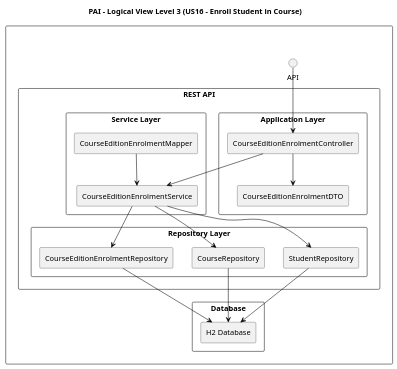
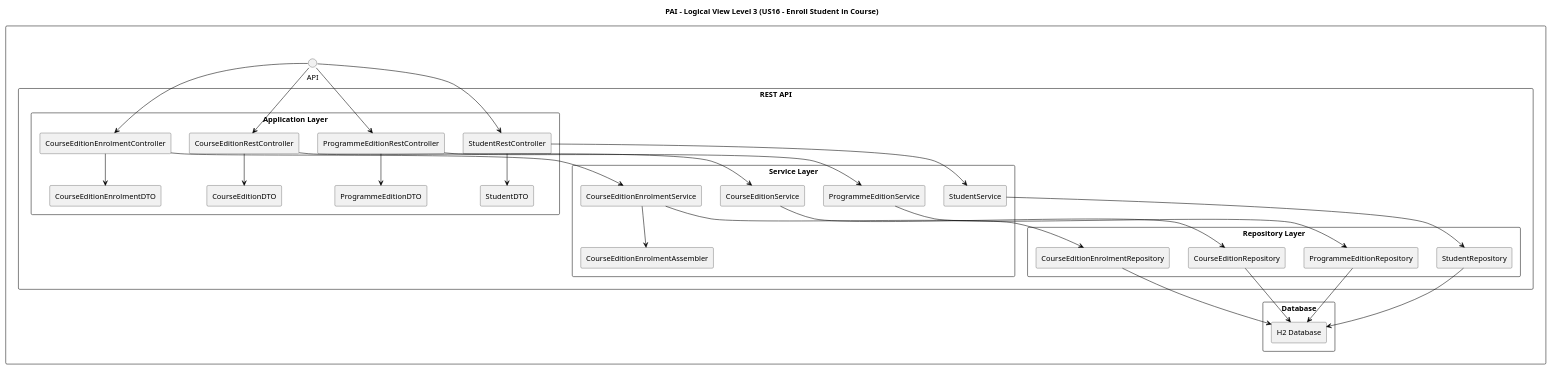
The diagram in docs/US16/sprint6_RestController/logical_view/Level3.puml (GasparISEP/DevOps-PAI), drawn with PlantUML before and after one commit. The commit also changed 1 other file, not shown here.

Commit message:
docs: Refactor Level 3 diagram to include new components for Student, Programme, and Course editions, and update connections between API, Controllers, Services, and Repositories. Remove Level 4 diagram as it is no longer needed. refs #500

```diff
--- a/docs/US16/sprint6_RestController/logical_view/Level3.puml
+++ b/docs/US16/sprint6_RestController/logical_view/Level3.puml
@@ -1,46 +1,78 @@
 @startuml
 
 skinparam componentStyle rectangle
 skinparam ArrowColor black
 skinparam defaultTextAlignment center
 
 title "PAI - Logical View Level 3 (US16 - Enroll Student in Course)"
 
 rectangle " " {
     interface "API" as API
 
     rectangle "REST API" {
         rectangle "Application Layer" {
-            component "CourseEditionEnrolmentController" as Controller
-            component "CourseEditionEnrolmentDTO" as DTO
+            component "StudentRestController" as StudentController
+            component "ProgrammeEditionRestController" as ProgrammeEditionController
+            component "CourseEditionRestController" as CourseEditionController
+            component "CourseEditionEnrolmentController" as EnrolmentController
+            component "StudentDTO" as StudentDTO
+            component "ProgrammeEditionDTO" as ProgrammeEditionDTO
+            component "CourseEditionDTO" as CourseEditionDTO
+            component "CourseEditionEnrolmentDTO" as EnrolmentDTO
         }
 
         rectangle "Service Layer" {
-            component "CourseEditionEnrolmentService" as Service
-            component "CourseEditionEnrolmentMapper" as Mapper
+            component "StudentService" as StudentService
+            component "ProgrammeEditionService" as ProgrammeEditionService
+            component "CourseEditionService" as CourseEditionService
+            component "CourseEditionEnrolmentService" as EnrolmentService
+            component "CourseEditionEnrolmentAssembler" as EnrolmentAssembler
         }
 
         rectangle "Repository Layer" {
             component "StudentRepository" as StudentRepo
-            component "CourseRepository" as CourseRepo
-            component "CourseEditionEnrolmentRepository" as EnrollmentRepo
+            component "ProgrammeEditionRepository" as ProgrammeEditionRepo
+            component "CourseEditionRepository" as CourseEditionRepo
+            component "CourseEditionEnrolmentRepository" as EnrolmentRepo
         }
     }
 
     rectangle "Database" {
         component "H2 Database" as DB
     }
 }
 
-API -down-> Controller
-Controller -down-> DTO
-Controller -down-> Service
-Mapper -down-> Service
-Service -down-> StudentRepo
-Service -down-> CourseRepo
-Service -down-> EnrollmentRepo
+' API connections
+API -down-> StudentController
+API -down-> ProgrammeEditionController
+API -down-> CourseEditionController
+API -down-> EnrolmentController
+
+' Controller to DTO connections
+StudentController -down-> StudentDTO
+ProgrammeEditionController -down-> ProgrammeEditionDTO
+CourseEditionController -down-> CourseEditionDTO
+EnrolmentController -down-> EnrolmentDTO
+
+' Controller to Service connections
+StudentController -down-> StudentService
+ProgrammeEditionController -down-> ProgrammeEditionService
+CourseEditionController -down-> CourseEditionService
+EnrolmentController -down-> EnrolmentService
+
+' Service to Repository connections
+StudentService -down-> StudentRepo
+ProgrammeEditionService -down-> ProgrammeEditionRepo
+CourseEditionService -down-> CourseEditionRepo
+EnrolmentService -down-> EnrolmentRepo
+
+' Service to Assembler connection
+EnrolmentService -down-> EnrolmentAssembler
+
+' Repository to Database connections
 StudentRepo -down-> DB
-CourseRepo -down-> DB
-EnrollmentRepo -down-> DB
+ProgrammeEditionRepo -down-> DB
+CourseEditionRepo -down-> DB
+EnrolmentRepo -down-> DB
 
 @enduml 
```
